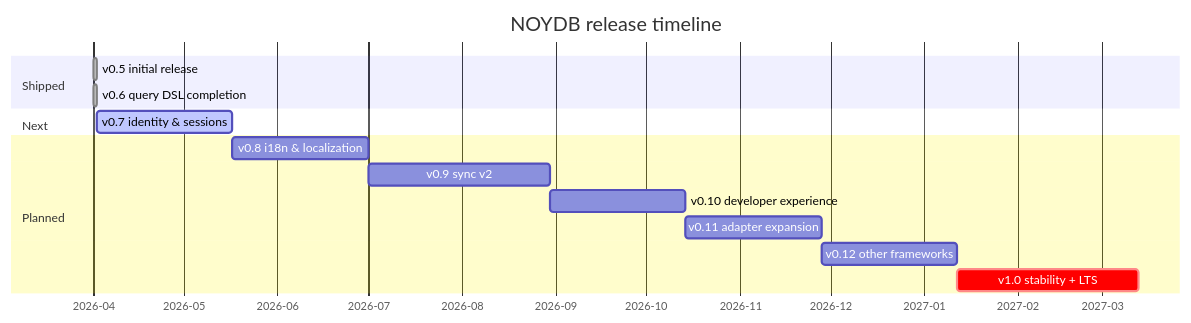
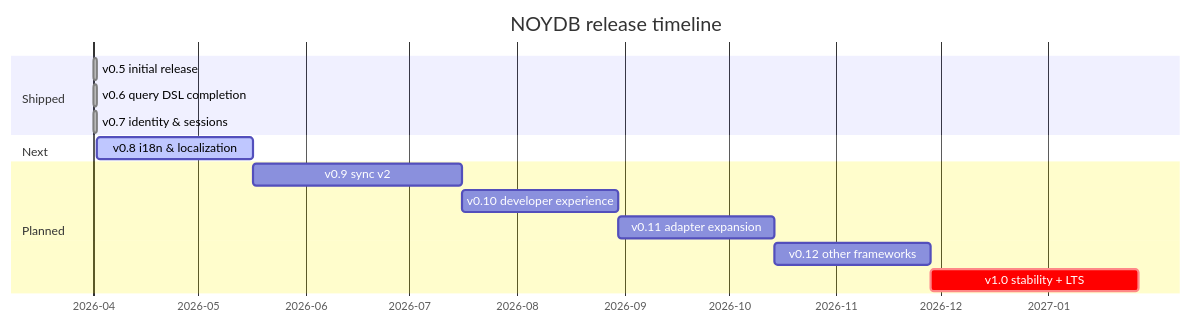
Before and after one commit to vLannaAi/noydb: the diagram in ROADMAP.md, drawn with Mermaid. The commit also changed other lines of this file and 2 other files, not shown here.

First line of the commit message:
docs: v0.7.0 post-release — update ROADMAP, SPEC, HANDOVER

````diff
--- a/ROADMAP.md
+++ b/ROADMAP.md
@@ -39,18 +40,18 @@
 ```mermaid
 gantt
     title NOYDB release timeline
     dateFormat YYYY-MM
     axisFormat %Y-%m
     section Shipped
     v0.5 initial release             :done,    v05, 2026-04, 1d
     v0.6 query DSL completion        :done,    v06, 2026-04, 1d
+    v0.7 identity & sessions         :done,    v07, 2026-04, 1d
     section Next
-    v0.7 identity & sessions         :active,  v07, after v06, 45d
+    v0.8 i18n & localization         :active,  v08, after v07, 45d
     section Planned
-    v0.8 i18n & localization         :         v08, after v07, 45d
     v0.9 sync v2                     :         v09, after v08, 60d
     v0.10 developer experience       :         v010, after v09, 45d
     v0.11 adapter expansion          :         v011, after v010, 45d
     v0.12 other frameworks           :         v012, after v011, 45d
     v1.0 stability + LTS             :crit,    v10, after v012, 60d
 ```
````
